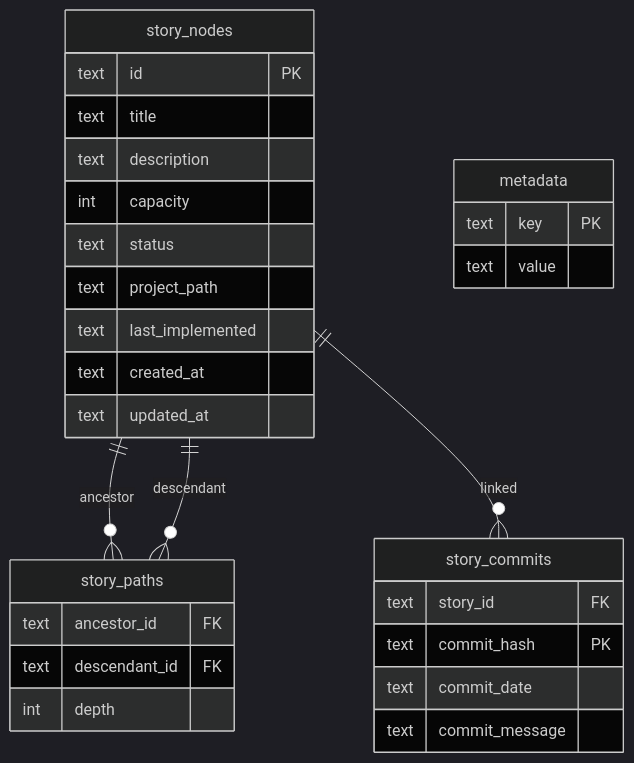
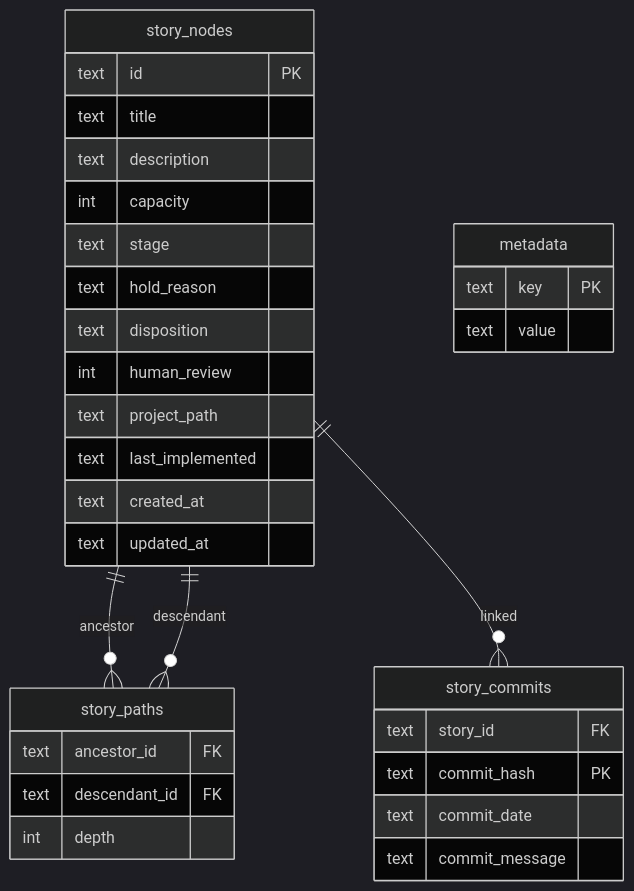
The fifth of 11 diagrams in ai_docs/story-tree-workflow-diagrams.md (Mharbulous/SyncoPaid), drawn with Mermaid (dark theme) before and after one commit. The commit also changed other lines of this file and 3 other files, not shown here.

````diff
--- a/ai_docs/story-tree-workflow-diagrams.md
+++ b/ai_docs/story-tree-workflow-diagrams.md
@@ -165,36 +167,39 @@
 ```mermaid
 erDiagram
     story_nodes {
         text id PK
         text title
         text description
         int capacity
-        text status
+        text stage
+        text hold_reason
+        text disposition
+        int human_review
         text project_path
         text last_implemented
         text created_at
         text updated_at
     }
 
     story_paths {
         text ancestor_id FK
         text descendant_id FK
         int depth
     }
 
     story_commits {
         text story_id FK
         text commit_hash PK
         text commit_date
         text commit_message
     }
 
     metadata {
         text key PK
         text value
     }
 
     story_nodes ||--o{ story_paths : "ancestor"
     story_nodes ||--o{ story_paths : "descendant"
     story_nodes ||--o{ story_commits : "linked"
 ```
````
